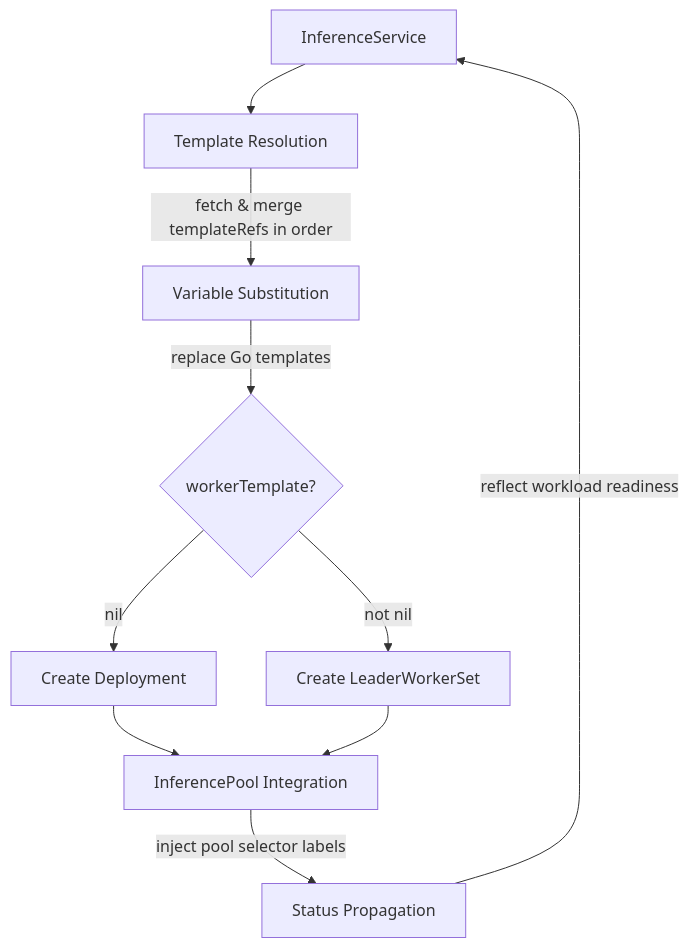
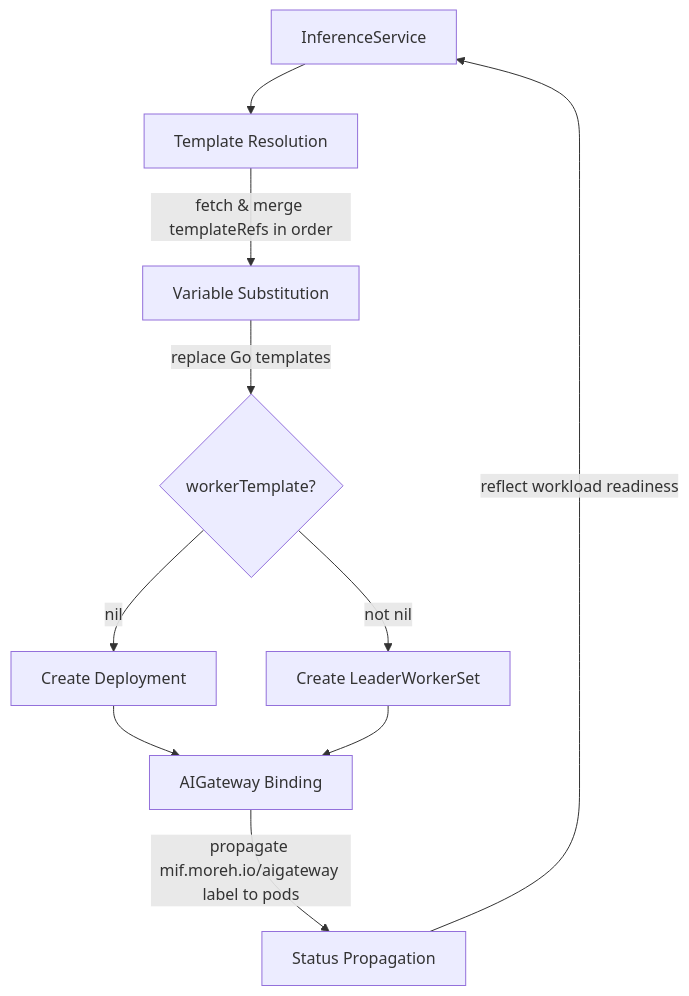
Before and after one commit to moreh-dev/mif: the first of 3 diagrams in skills/guide-odin/SKILL.md, drawn with Mermaid. The commit also changed other lines of this file and 5 other files, not shown here.

First line of the commit message:
MAF-20466: fix(mif): retire HIS references, align docs/skills/alert to AIGateway (#160)

````diff
--- a/skills/guide-odin/SKILL.md
+++ b/skills/guide-odin/SKILL.md
@@ -55,12 +55,12 @@
 ```mermaid
 flowchart TD
     IS[InferenceService] --> TR[Template Resolution]
     TR -->|fetch & merge templateRefs in order| VS[Variable Substitution]
     VS -->|replace Go templates| WD{workerTemplate?}
     WD -->|nil| Deploy[Create Deployment]
     WD -->|not nil| LWS[Create LeaderWorkerSet]
-    Deploy --> IP[InferencePool Integration]
-    LWS --> IP
-    IP -->|inject pool selector labels| SP[Status Propagation]
+    Deploy --> GW[AIGateway Binding]
+    LWS --> GW
+    GW -->|propagate mif.moreh.io/aigateway label to pods| SP[Status Propagation]
     SP -->|reflect workload readiness| IS
 ```
````
